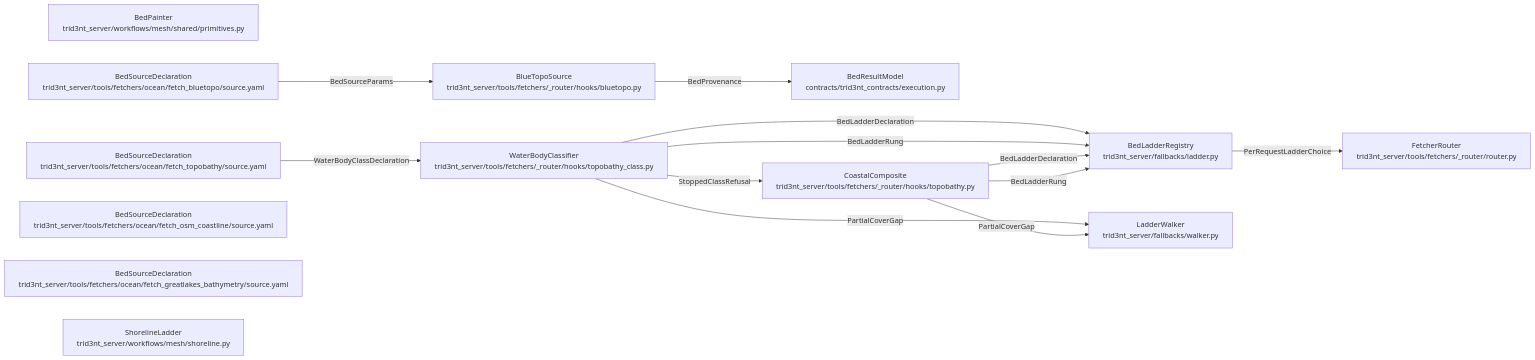
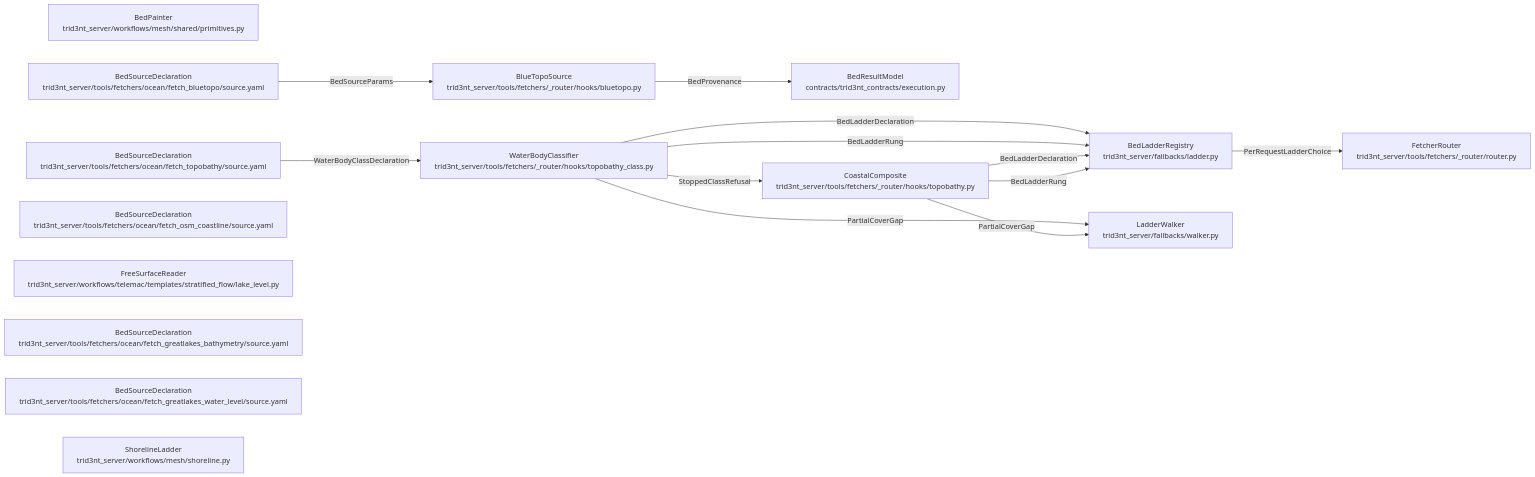
Before and after one commit to double-r-squared/trid3nt-qgis-plugin: the diagram in docs/model/data-seam-view.md, drawn with Mermaid. The commit also changed other lines of this file and 16 other files, not shown here.

First line of the commit message:
basin: the lake opens at the level its own gauge reads

````diff
--- a/docs/model/data-seam-view.md
+++ b/docs/model/data-seam-view.md
@@ -9,27 +9,29 @@
 ```mermaid
 flowchart LR
     bedLadderRegistry["BedLadderRegistry<br/>trid3nt_server/fallbacks/ladder.py"]
     bedPainter["BedPainter<br/>trid3nt_server/workflows/mesh/shared/primitives.py"]
     bedResultModel["BedResultModel<br/>contracts/trid3nt_contracts/execution.py"]
     blueTopoDeclaration["BedSourceDeclaration<br/>trid3nt_server/tools/fetchers/ocean/fetch_bluetopo/source.yaml"]
     blueTopoSource["BlueTopoSource<br/>trid3nt_server/tools/fetchers/_router/hooks/bluetopo.py"]
     coastalComposite["CoastalComposite<br/>trid3nt_server/tools/fetchers/_router/hooks/topobathy.py"]
     coastalDeclaration["BedSourceDeclaration<br/>trid3nt_server/tools/fetchers/ocean/fetch_topobathy/source.yaml"]
     coastlineDeclaration["BedSourceDeclaration<br/>trid3nt_server/tools/fetchers/ocean/fetch_osm_coastline/source.yaml"]
     fetcherRouter["FetcherRouter<br/>trid3nt_server/tools/fetchers/_router/router.py"]
+    freeSurfaceReader["FreeSurfaceReader<br/>trid3nt_server/workflows/telemac/templates/stratified_flow/lake_level.py"]
     ladderWalker["LadderWalker<br/>trid3nt_server/fallbacks/walker.py"]
     lakeDeclaration["BedSourceDeclaration<br/>trid3nt_server/tools/fetchers/ocean/fetch_greatlakes_bathymetry/source.yaml"]
+    lakeLevelDeclaration["BedSourceDeclaration<br/>trid3nt_server/tools/fetchers/ocean/fetch_greatlakes_water_level/source.yaml"]
     shorelineLadder["ShorelineLadder<br/>trid3nt_server/workflows/mesh/shoreline.py"]
     waterBodyClassifier["WaterBodyClassifier<br/>trid3nt_server/tools/fetchers/_router/hooks/topobathy_class.py"]
     blueTopoSource -- "BedProvenance" --> bedResultModel
     blueTopoDeclaration -- "BedSourceParams" --> blueTopoSource
     waterBodyClassifier -- "PartialCoverGap" --> ladderWalker
     waterBodyClassifier -- "BedLadderDeclaration" --> bedLadderRegistry
     waterBodyClassifier -- "BedLadderRung" --> bedLadderRegistry
     coastalDeclaration -- "WaterBodyClassDeclaration" --> waterBodyClassifier
     coastalComposite -- "PartialCoverGap" --> ladderWalker
     coastalComposite -- "BedLadderDeclaration" --> bedLadderRegistry
     coastalComposite -- "BedLadderRung" --> bedLadderRegistry
     bedLadderRegistry -- "PerRequestLadderChoice" --> fetcherRouter
     waterBodyClassifier -- "StoppedClassRefusal" --> coastalComposite
 ```
````
